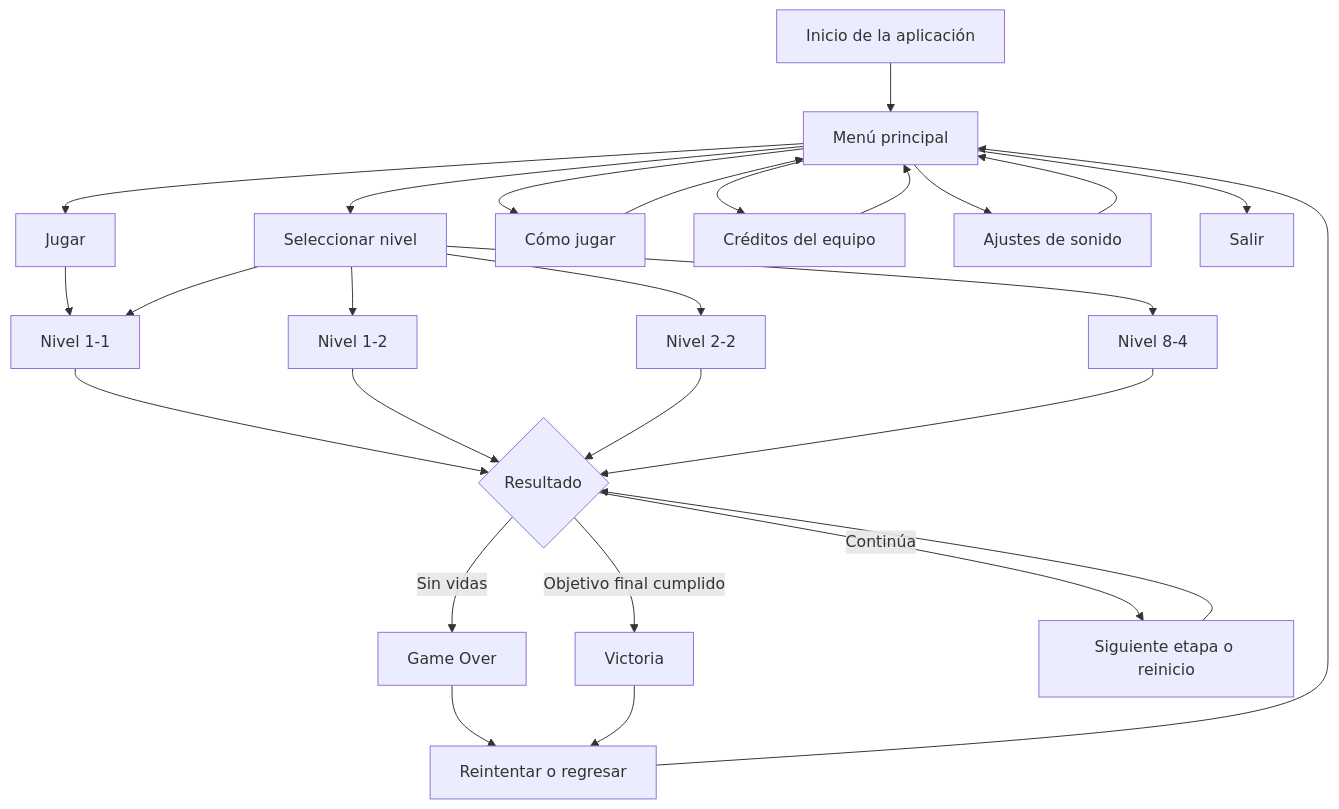
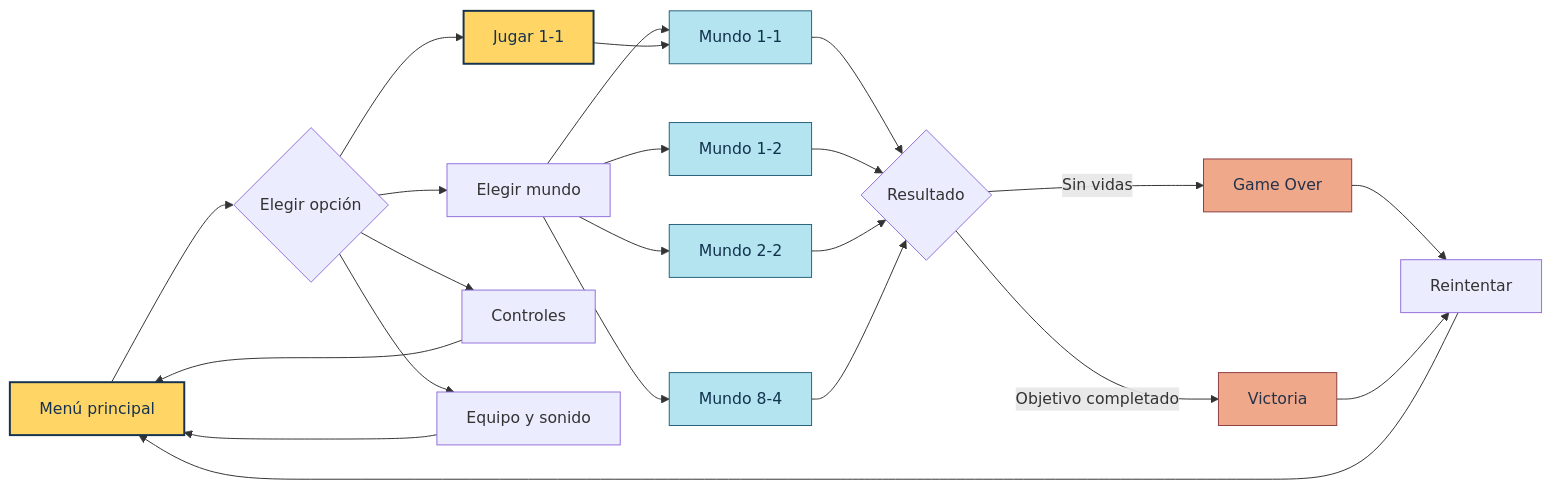
One commit to vicentesystemdev/SuperMarioVicente changed the first of 2 diagrams in README.md. Above: the diagram before and after it, drawn with Mermaid. The commit also changed other lines of this file, not shown here.

````diff
--- a/README.md
+++ b/README.md
@@ -33,31 +71,30 @@
 ```mermaid
-flowchart TD
-    A[Inicio de la aplicación] --> B[Menú principal]
-    B --> C[Jugar]
-    B --> D[Seleccionar nivel]
-    B --> E[Cómo jugar]
-    B --> F[Créditos del equipo]
-    B --> G[Ajustes de sonido]
-    B --> H[Salir]
-
-    E --> B
-    F --> B
-    G --> B
-    C --> L11[Nivel 1-1]
-    D --> L11
-    D --> L12[Nivel 1-2]
-    D --> L22[Nivel 2-2]
-    D --> L84[Nivel 8-4]
-
-    L11 --> P{Resultado}
-    L12 --> P
-    L22 --> P
-    L84 --> P
-    P -->|Sin vidas| GO[Game Over]
-    P -->|Objetivo final cumplido| V[Victoria]
-    P -->|Continúa| N[Siguiente etapa o reinicio]
-    N --> P
-    GO --> R[Reintentar o regresar]
-    V --> R
-    R --> B
+flowchart LR
+    A[Menú principal] --> B{Elegir opción}
+    B --> C[Jugar 1-1]
+    B --> D[Elegir mundo]
+    B --> E[Controles]
+    B --> F[Equipo y sonido]
+    E --> A
+    F --> A
+    D --> W11[Mundo 1-1]
+    D --> W12[Mundo 1-2]
+    D --> W22[Mundo 2-2]
+    D --> W84[Mundo 8-4]
+    C --> W11
+    W11 --> R{Resultado}
+    W12 --> R
+    W22 --> R
+    W84 --> R
+    R -->|Sin vidas| G[Game Over]
+    R -->|Objetivo completado| V[Victoria]
+    G --> T[Reintentar]
+    V --> T
+    T --> A
+    classDef inicio fill:#ffd565,color:#15324f,stroke:#15324f,stroke-width:2px;
+    classDef pantalla fill:#b5e4f1,color:#12334d,stroke:#26617a;
+    classDef final fill:#f0a88a,color:#23324a,stroke:#8b3f42;
+    class A,C inicio;
+    class W11,W12,W22,W84 pantalla;
+    class G,V final;
 ```
````
